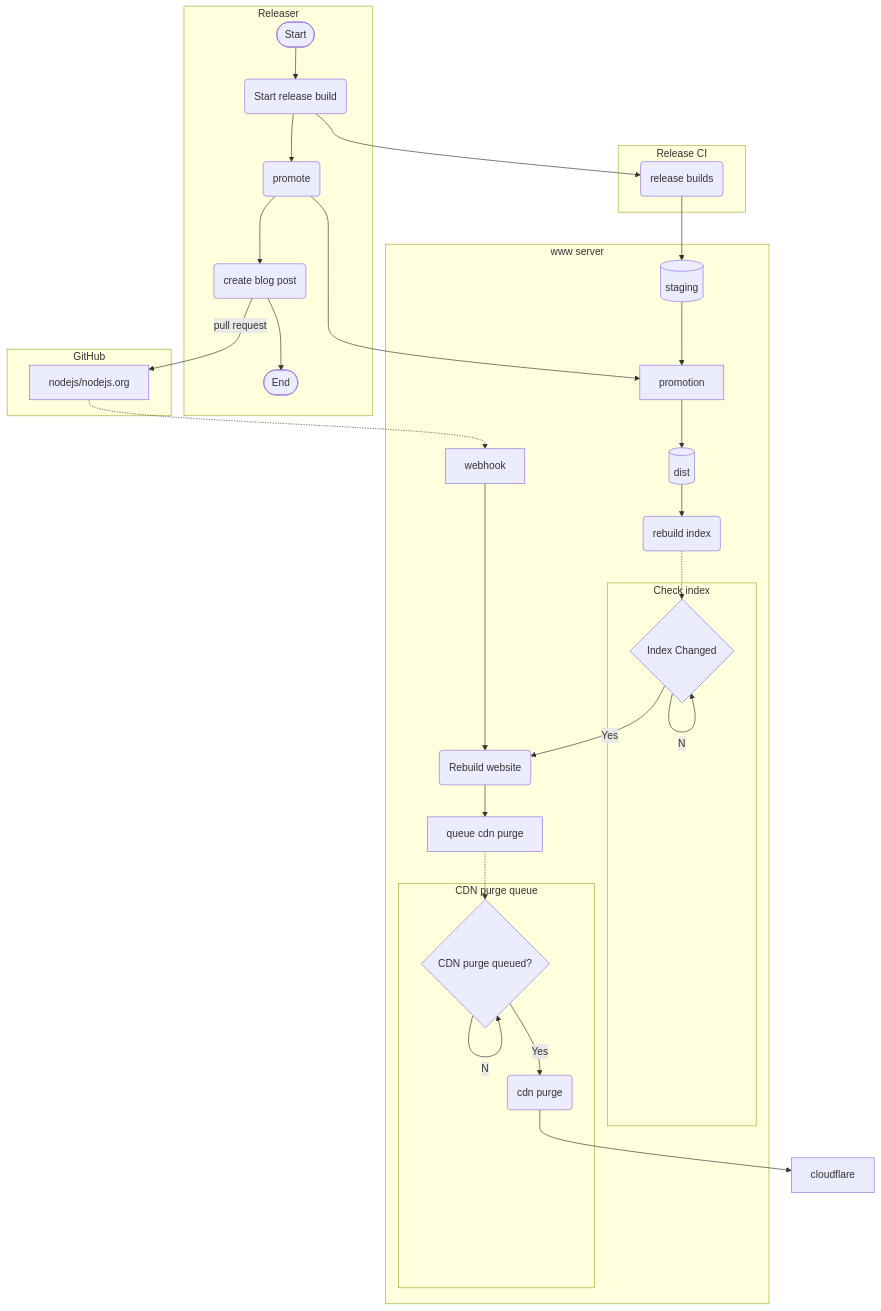
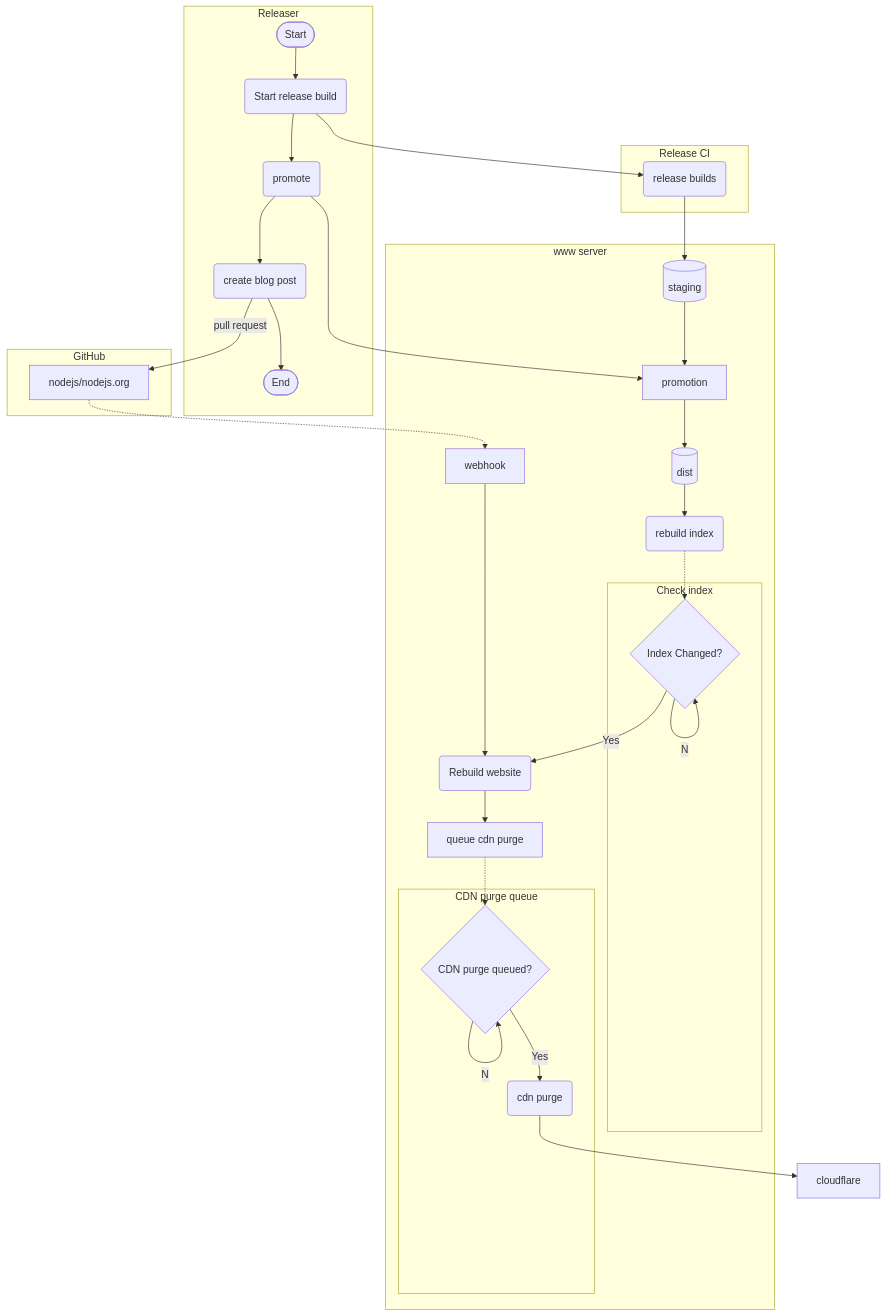
Before and after one commit to richardlau/nodejs.org-flow: the diagram in README.md, drawn with Mermaid.

Commit message:
Add links

````diff
--- a/README.md
+++ b/README.md
@@ -2,37 +2,51 @@
 ```mermaid
 flowchart TD
     subgraph user[Releaser]
-    start([Start])-->A(Start release build)--> promote(promote)-->blog(create blog post)-->F([End])
+      start([Start])-->A(Start release build)--> promote(promote)-->blog(create blog post)-->F([End])
+      click start "https://github.com/nodejs/node/blob/main/doc/contributing/releases.md"
+      click A "https://github.com/nodejs/node/blob/main/doc/contributing/releases.md#9-produce-release-builds"
+      click promote "https://github.com/nodejs/node/blob/main/tools/release.sh"
+      click blog "https://github.com/nodejs/nodejs.org/blob/main/scripts/release-post/index.mjs"
     end
     subgraph jenkins[Release CI]
-    builds
+      builds
+      click builds "https://ci-release.nodejs.org/job/iojs+release/"
     end
     subgraph github[GitHub]
-    gh[nodejs/nodejs.org]
+      gh[nodejs/nodejs.org]
+      click gh "https://github.com/nodejs/nodejs.org"
     end
     subgraph www[www server]
       staging[(staging)] --> promotion -->dist[(dist)]
       dist-->rebuildIdx(rebuild index)
-      
+      click rebuildIdx "https://github.com/nodejs/nodejs-dist-indexer"
+
       subgraph chkIndex[Check index]
-      idxChanged{Index Changed}--No-->idxChanged
+        idxChanged{Index Changed?}--No-->idxChanged
       end
       
       rebuildIdx-.->idxChanged
       webhook-->rebuild
       idxChanged--Yes-->rebuild(Rebuild website)
+      click idxChanged "https://github.com/nodejs/build/blob/main/ansible/www-standalone/resources/scripts/check-build-site.sh"
       rebuild-->queueCDN[queue cdn purge]-.->purgeQueued
+      click rebuild "https://github.com/nodejs/build/blob/main/ansible/www-standalone/resources/scripts/build-site.sh"
+      click queueCDN "https://github.com/nodejs/build/blob/main/ansible/www-standalone/resources/scripts/queue-cdn-purge.sh"
       subgraph cdn[CDN purge queue]
         purgeQueued{CDN purge queued?}
         purgeQueued--No-->purgeQueued
         purgeQueued--Yes-->purge(cdn purge)
+        click purgeQueued "https://github.com/nodejs/build/blob/main/ansible/www-standalone/resources/scripts/cdn-purge.sh.j2"
+        click purge "https://github.com/nodejs/build/blob/main/ansible/www-standalone/resources/scripts/cdn-purge.sh.j2"
       end
     end
     A-->builds(release builds)
     gh-.->webhook
+    click webhook "https://github.com/nodejs/build/blob/main/ansible/www-standalone/resources/config/github-webhook.json.j2"
     promote-->promotion
+    click promotion "https://github.com/nodejs/build/tree/main/ansible/www-standalone/tools/promote"
     blog-->|pull request|gh
     builds-->staging
     purge-->cloudflare
 
 ```
````
